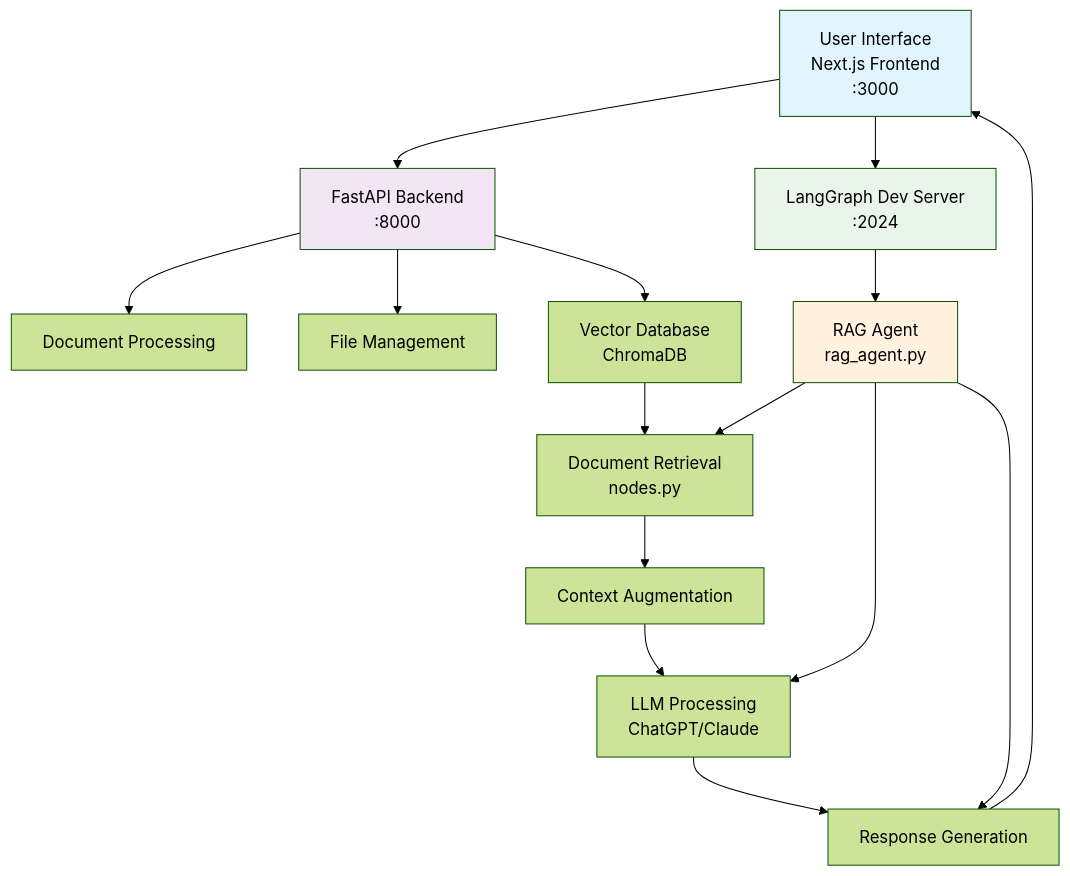
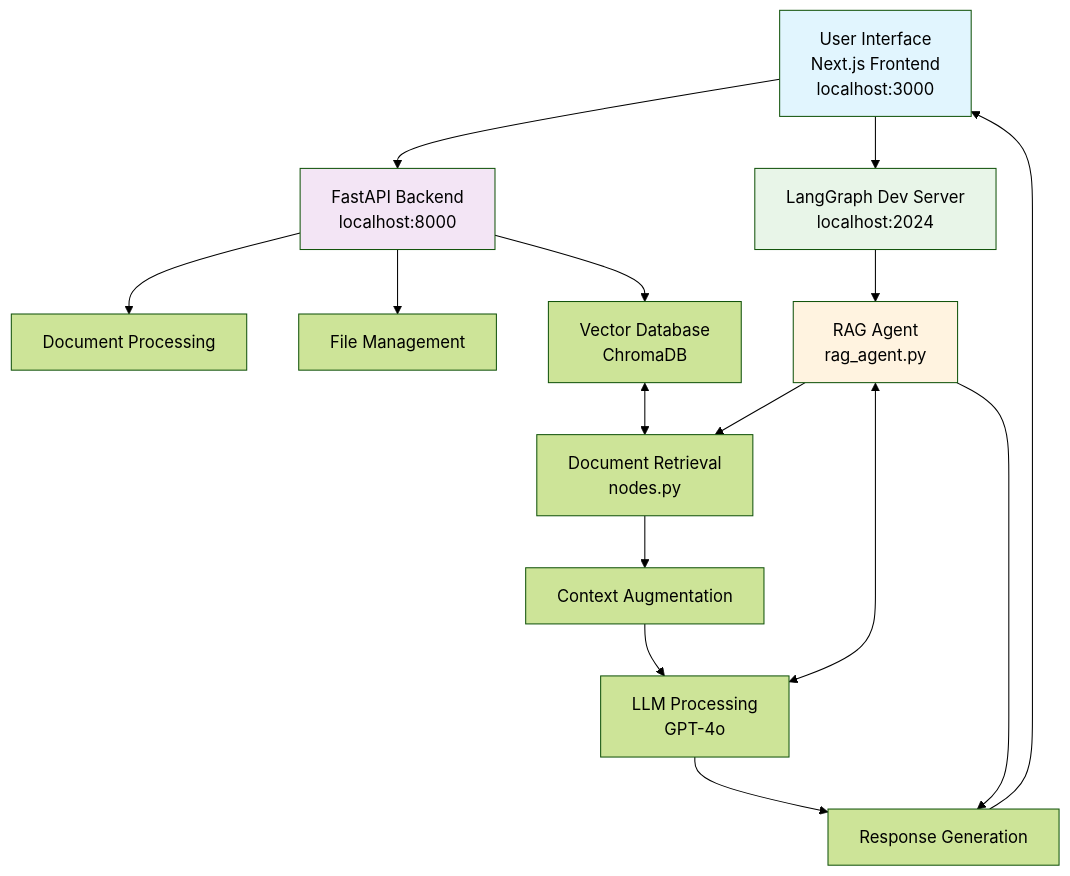
Before and after one commit to ZhihaoZhang97/rag-agent: the diagram in README.md, drawn with Mermaid (forest theme). The commit also changed other lines of this file and 1 other file, not shown here.

````diff
--- a/README.md
+++ b/README.md
@@ -150,25 +150,25 @@
 ```mermaid
 graph TD
-    A[User Interface<br/>Next.js Frontend<br/>:3000] --> B[FastAPI Backend<br/>:8000]
-    A --> C[LangGraph Dev Server<br/>:2024]
+    A[User Interface<br/>Next.js Frontend<br/>localhost:3000] --> B[FastAPI Backend<br/>localhost:8000]
+    A --> C[LangGraph Dev Server<br/>localhost:2024]
 
     B --> D[Document Processing]
     B --> E[File Management]
     B --> F[Vector Database<br/>ChromaDB]
 
     C --> G[RAG Agent<br/>rag_agent.py]
     G --> H[Document Retrieval<br/>nodes.py]
-    G --> I[LLM Processing<br/>ChatGPT/Claude]
+    G <--> I[LLM Processing<br/>GPT-4o]
     G --> J[Response Generation]
 
-    F --> H
+    F <--> H
     H --> K[Context Augmentation]
     K --> I
     I --> J
     J --> A
 
     style A fill:#e1f5fe
     style B fill:#f3e5f5
     style C fill:#e8f5e8
     style G fill:#fff3e0
 ```
````
